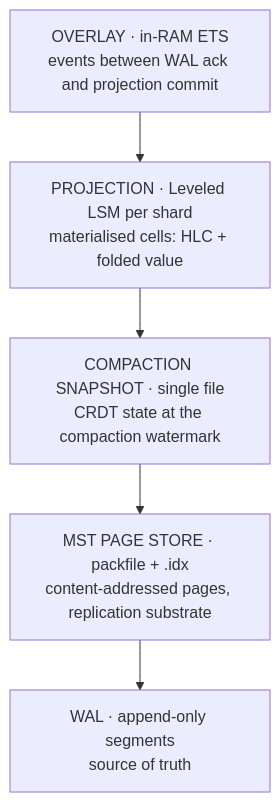
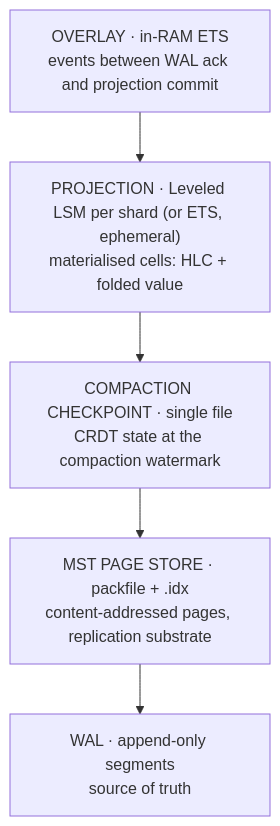
One commit to bondy-io/bondy_mst changed the second of 5 diagrams in doc_extras/architecture/00_overview.md. Above: the diagram before and after it, drawn with Mermaid. The commit also changed other lines of this file and 10 other files, not shown here.

````diff
--- a/doc_extras/architecture/00_overview.md
+++ b/doc_extras/architecture/00_overview.md
@@ -55,13 +55,13 @@
 ```mermaid
 flowchart TB
     O["OVERLAY · in-RAM ETS<br/>events between WAL ack and projection commit"]
-    P["PROJECTION · Leveled LSM per shard<br/>materialised cells: HLC + folded value"]
-    SNAP["COMPACTION SNAPSHOT · single file<br/>CRDT state at the compaction watermark"]
+    P["PROJECTION · Leveled LSM per shard (or ETS, ephemeral)<br/>materialised cells: HLC + folded value"]
+    SNAP["COMPACTION CHECKPOINT · single file<br/>CRDT state at the compaction watermark"]
     MST["MST PAGE STORE · packfile + .idx<br/>content-addressed pages, replication substrate"]
     WAL["WAL · append-only segments<br/>source of truth"]
 
     O   --> P
     P   --> SNAP
     SNAP --> MST
     MST --> WAL
 ```
````
